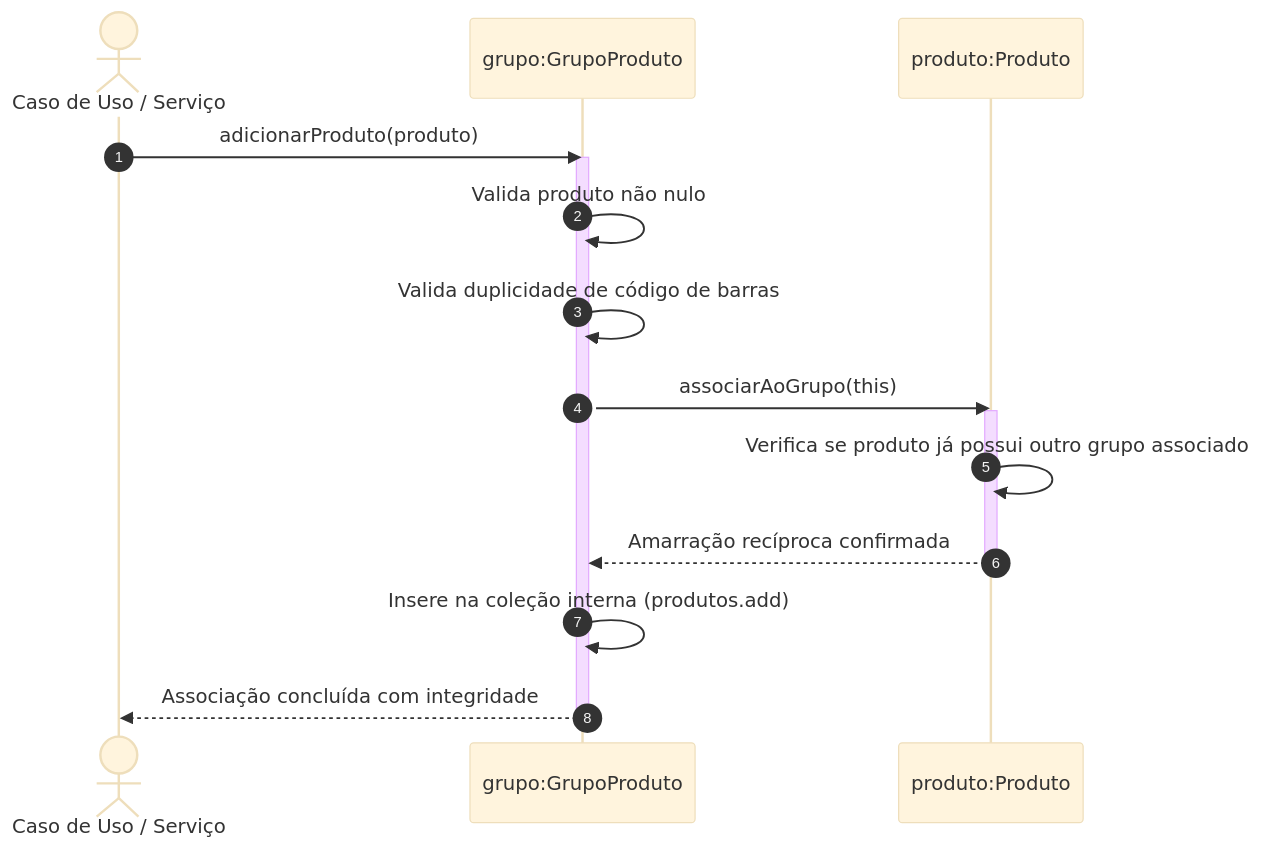
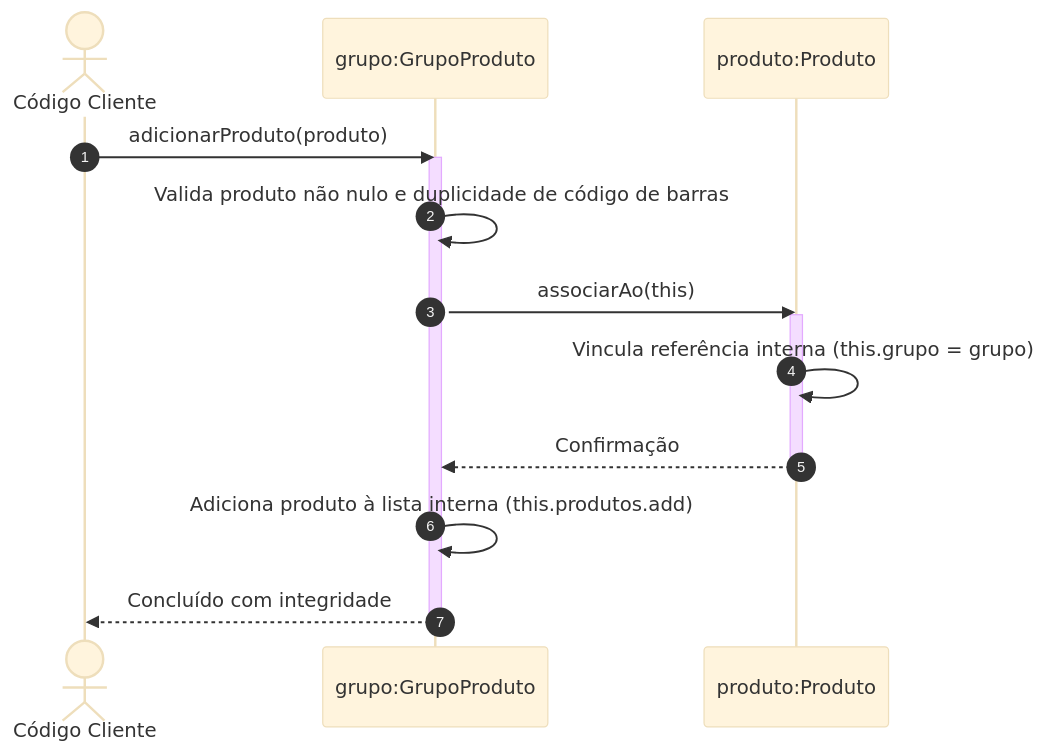
Diagram 17 of 31 in 4º Semestre/[Prof. Jefferson Passerini] Laboratório de Programação IV/Resumos-IA/Caderno-Consolidado.md (murilolol/unifef), drawn with Mermaid (base theme) before and after one commit. The commit also changed other lines of this file and 58 other files, not shown here.

````diff
--- a/4º Semestre/[Prof. Jefferson Passerini] Laboratório de Programação IV/Resumos-IA/Caderno-Consolidado.md
+++ b/4º Semestre/[Prof. Jefferson Passerini] Laboratório de Programação IV/Resumos-IA/Caderno-Consolidado.md
@@ -467,20 +889,19 @@
 ```mermaid
 sequenceDiagram
-  autonumber
-  actor Cliente as Caso de Uso / Serviço
-  participant Grupo as grupo:GrupoProduto
-  participant Prod as produto:Produto
+    autonumber
+    actor Cliente as Código Cliente
+    participant Grupo as grupo:GrupoProduto
+    participant Prod as produto:Produto
 
-  Cliente->>Grupo: adicionarProduto(produto)
-  activate Grupo
-  Grupo->>Grupo: Valida produto não nulo
-  Grupo->>Grupo: Valida duplicidade de código de barras
-  Grupo->>Prod: associarAoGrupo(this)
-  activate Prod
-  Prod->>Prod: Verifica se produto já possui outro grupo associado
-  Prod-->>Grupo: Amarração recíproca confirmada
-  deactivate Prod
-  Grupo->>Grupo: Insere na coleção interna (produtos.add)
-  Grupo-->>Cliente: Associação concluída com integridade
-  deactivate Grupo
+    Cliente->>Grupo: adicionarProduto(produto)
+    activate Grupo
+    Grupo->>Grupo: Valida produto não nulo e duplicidade de código de barras
+    Grupo->>Prod: associarAo(this)
+    activate Prod
+    Prod->>Prod: Vincula referência interna (this.grupo = grupo)
+    Prod-->>Grupo: Confirmação
+    deactivate Prod
+    Grupo->>Grupo: Adiciona produto à lista interna (this.produtos.add)
+    Grupo-->>Cliente: Concluído com integridade
+    deactivate Grupo
 ```
````
